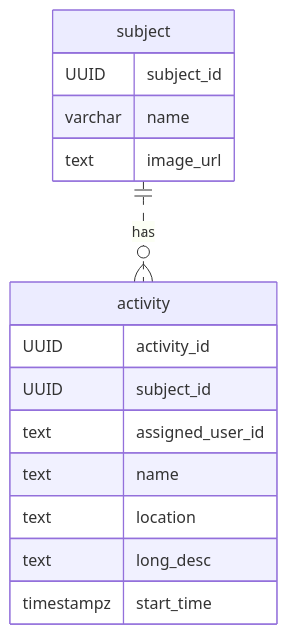
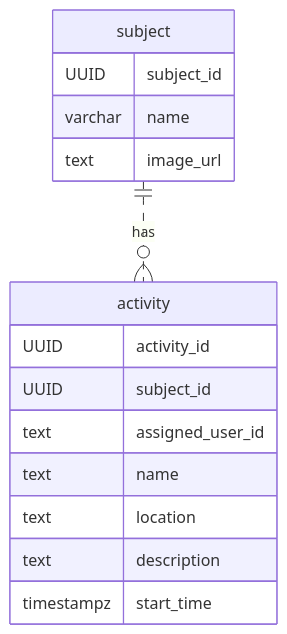
The diagram in documentation/er.mmd (wheelerjl/godoit), drawn with Mermaid before and after one commit. The commit also changed 11 other files, not shown here.

```diff
--- a/documentation/er.mmd
+++ b/documentation/er.mmd
@@ -1,16 +1,16 @@
 erDiagram
     subject {
         UUID subject_id
         varchar name
         text image_url
     }
     activity {
         UUID activity_id
         UUID subject_id
         text assigned_user_id
         text name
         text location
-        text long_desc
+        text description
         timestampz start_time
     }
     subject ||..o{ activity : has
```
